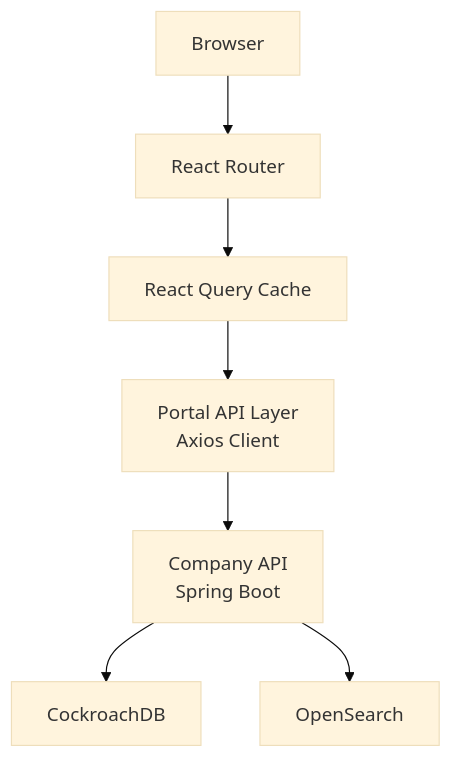
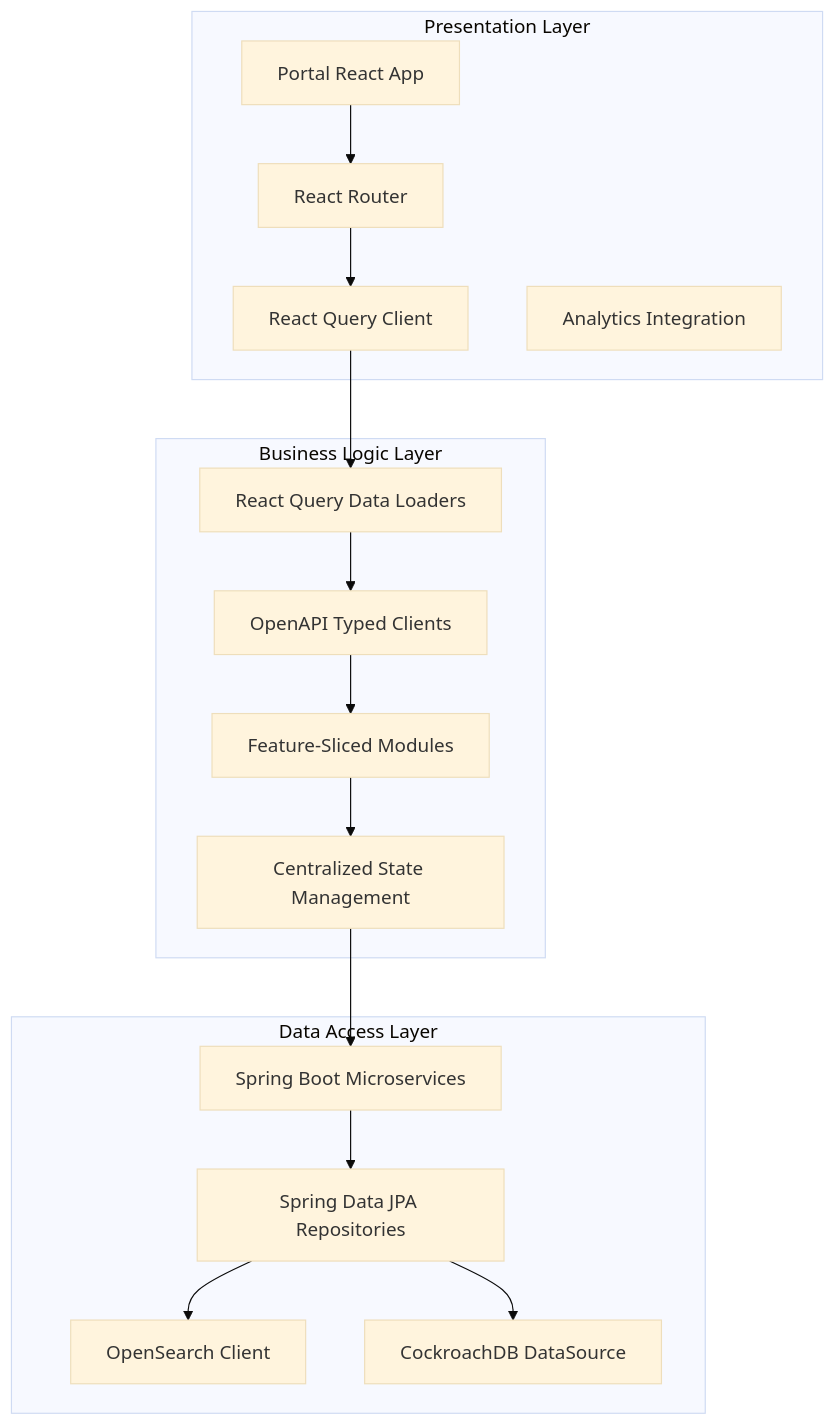
One commit to effinrich/rh-nx-monorepo changed the second of 7 diagrams in .qoder/repowiki/en/content/Architecture & Design.md. Above: the diagram before and after it, drawn with Mermaid (base theme). The commit also changed other lines of this file and 130 other files, not shown here.

````diff
--- a/.qoder/repowiki/en/content/Architecture & Design.md
+++ b/.qoder/repowiki/en/content/Architecture & Design.md
@@ -123,16 +141,31 @@
 ```mermaid
 graph TB
-Browser["Browser"]
+subgraph "Presentation Layer"
+PortalApp["Portal React App"]
 Router["React Router"]
-Queries["React Query Cache"]
-PortalAPI["Portal API Layer<br/>Axios Client"]
-CompanyAPI["Company API<br/>Spring Boot"]
-DB["CockroachDB"]
-Search["OpenSearch"]
-Browser --> Router
-Router --> Queries
-Queries --> PortalAPI
-PortalAPI --> CompanyAPI
-CompanyAPI --> DB
-CompanyAPI --> Search
+QueryClient["React Query Client"]
+Analytics["Analytics Integration"]
+end
+subgraph "Business Logic Layer"
+DataLoaders["React Query Data Loaders"]
+TypedClients["OpenAPI Typed Clients"]
+FeatureModules["Feature-Sliced Modules"]
+StateManagement["Centralized State Management"]
+end
+subgraph "Data Access Layer"
+SpringBoot["Spring Boot Microservices"]
+JPARepositories["Spring Data JPA Repositories"]
+OpenSearch["OpenSearch Client"]
+CockroachDB["CockroachDB DataSource"]
+end
+PortalApp --> Router
+Router --> QueryClient
+QueryClient --> DataLoaders
+DataLoaders --> TypedClients
+TypedClients --> FeatureModules
+FeatureModules --> StateManagement
+StateManagement --> SpringBoot
+SpringBoot --> JPARepositories
+JPARepositories --> OpenSearch
+JPARepositories --> CockroachDB
 ```
````
